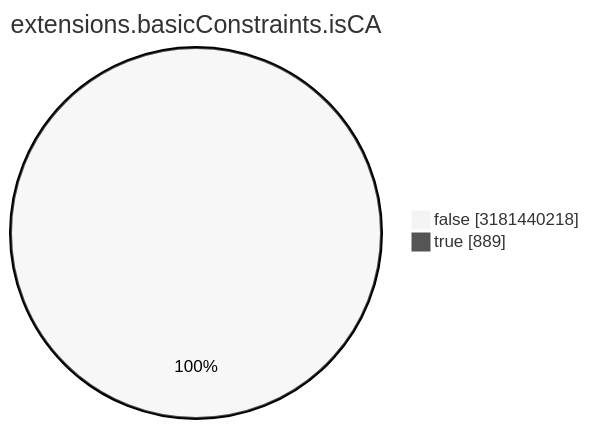
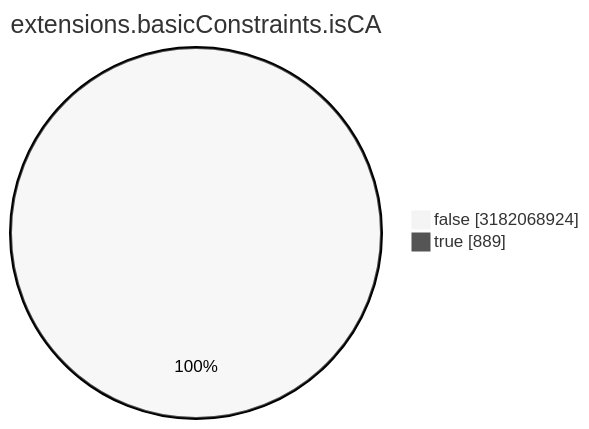
The seventh of 15 diagrams in TOTAL/README.md (christiankrug/ctmonitor_visualization), drawn with Mermaid (neutral theme) before and after one commit. The commit also changed other lines of this file, not shown here.

````diff
--- a/TOTAL/README.md
+++ b/TOTAL/README.md
@@ -3088,6 +3088,6 @@
 ```mermaid
 pie showData
 title extensions.basicConstraints.isCA
-"false" :3181440218
+"false" :3182068924
 "true" :889
 ```
````
